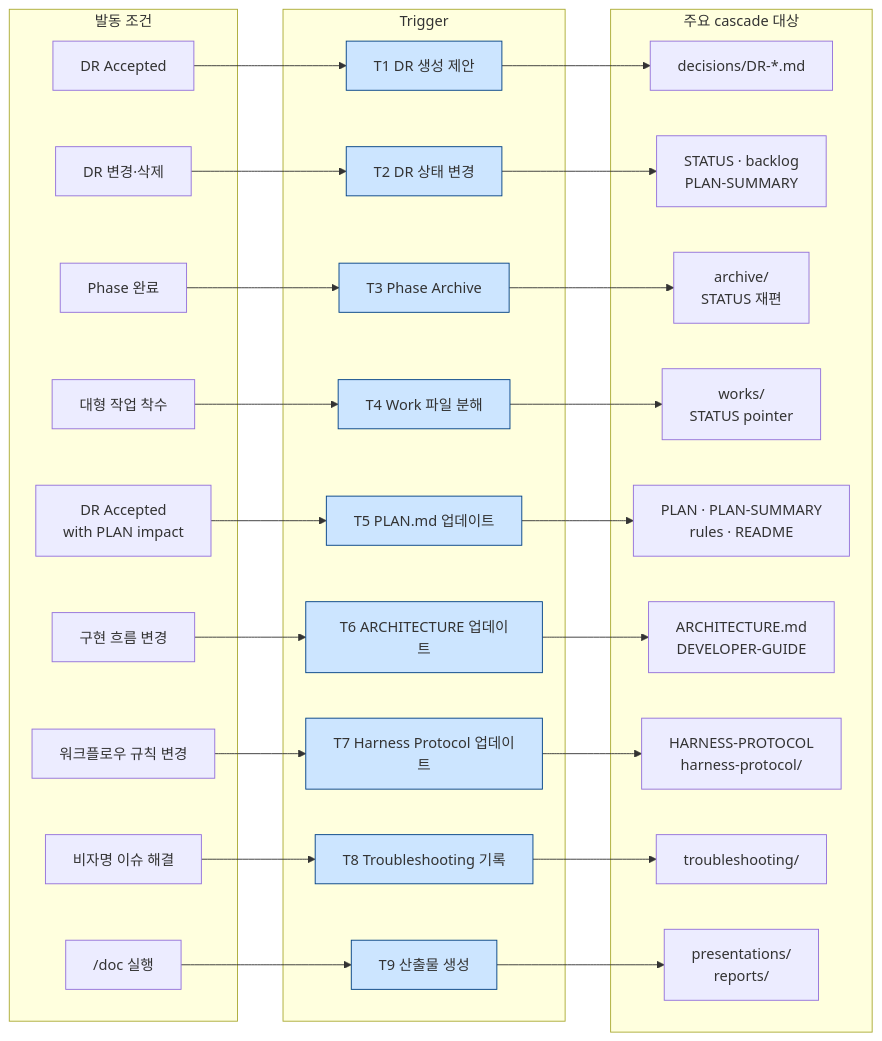
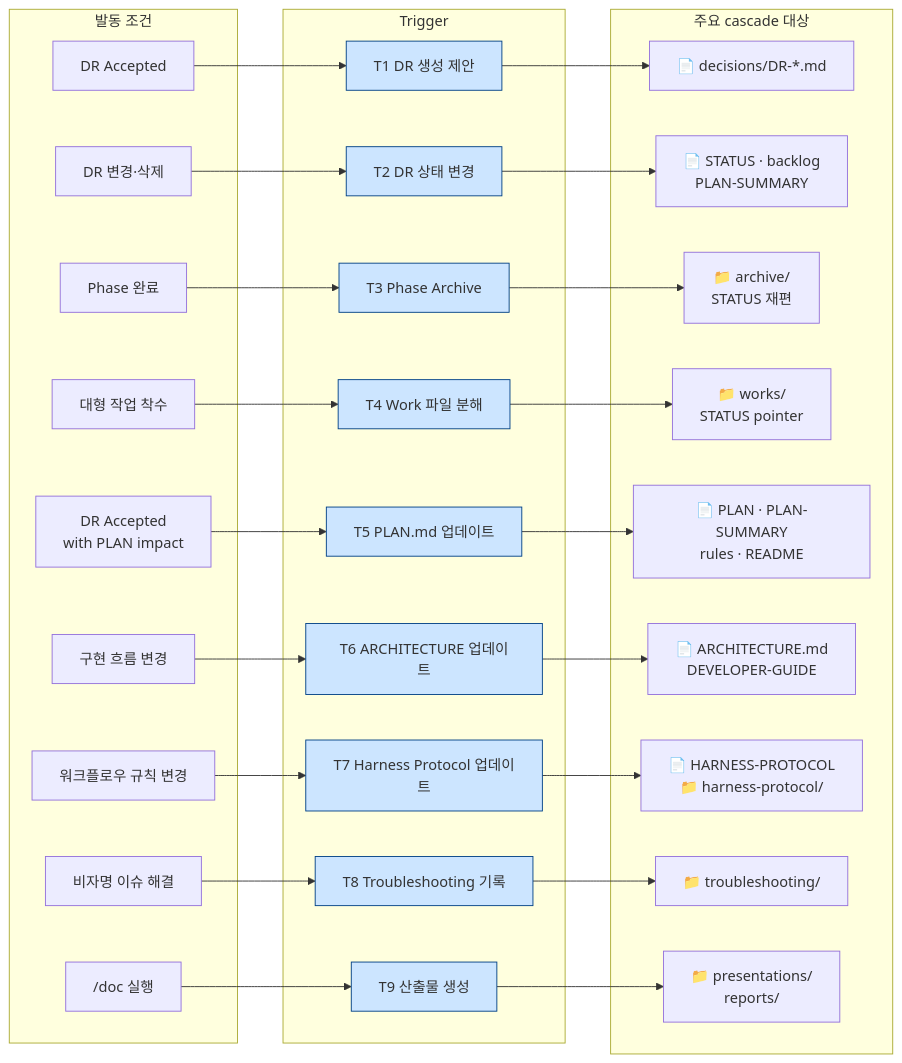
Before and after one commit to kyungseo/ai-workflow-harness: diagram 14 of 14 in docs/WORKFLOW-MANUAL.md, drawn with Mermaid. The commit also changed other lines of this file, not shown here.

First line of the commit message:
docs: WORKFLOW-MANUAL 다이어그램 파일/디렉토리 아이콘 통일

````diff
--- a/docs/WORKFLOW-MANUAL.md
+++ b/docs/WORKFLOW-MANUAL.md
@@ -989,68 +989,68 @@
 ```mermaid
 flowchart LR
     subgraph EVENTS ["발동 조건"]
         E1["DR Accepted"]
         E1P["DR Accepted\nwith PLAN impact"]
         E2["DR 변경·삭제"]
         E3["Phase 완료"]
         E4["대형 작업 착수"]
         E5["구현 흐름 변경"]
         E6["워크플로우 규칙 변경"]
         E7["비자명 이슈 해결"]
         E8["/doc 실행"]
     end
 
     subgraph TRIGS ["Trigger"]
         T1["T1 DR 생성 제안"]
         T2["T2 DR 상태 변경"]
         T3["T3 Phase Archive"]
         T4["T4 Work 파일 분해"]
         T5["T5 PLAN.md 업데이트"]
         T6["T6 ARCHITECTURE 업데이트"]
         T7["T7 Harness Protocol 업데이트"]
         T8["T8 Troubleshooting 기록"]
         T9["T9 산출물 생성"]
     end
 
     subgraph CASCADE ["주요 cascade 대상"]
-        C1["decisions/DR-*.md"]
-        C2["STATUS · backlog\nPLAN-SUMMARY"]
-        C3["archive/\nSTATUS 재편"]
-        C4["works/\nSTATUS pointer"]
-        C5["PLAN · PLAN-SUMMARY\nrules · README"]
-        C6["ARCHITECTURE.md\nDEVELOPER-GUIDE"]
-        C7["HARNESS-PROTOCOL\nharness-protocol/"]
-        C8["troubleshooting/"]
-        C9["presentations/\nreports/"]
+        C1["📄 decisions/DR-*.md"]
+        C2["📄 STATUS · backlog\nPLAN-SUMMARY"]
+        C3["📁 archive/\nSTATUS 재편"]
+        C4["📁 works/\nSTATUS pointer"]
+        C5["📄 PLAN · PLAN-SUMMARY\nrules · README"]
+        C6["📄 ARCHITECTURE.md\nDEVELOPER-GUIDE"]
+        C7["📄 HARNESS-PROTOCOL\n📁 harness-protocol/"]
+        C8["📁 troubleshooting/"]
+        C9["📁 presentations/\nreports/"]
     end
 
     E1 --> T1
     E1P --> T5
     E2 --> T2
     E3 --> T3
     E4 --> T4
     E5 --> T6
     E6 --> T7
     E7 --> T8
     E8 --> T9
 
     T1 --> C1
     T2 --> C2
     T3 --> C3
     T4 --> C4
     T5 --> C5
     T6 --> C6
     T7 --> C7
     T8 --> C8
     T9 --> C9
 
     style T1 fill:#cce5ff,stroke:#004085
     style T2 fill:#cce5ff,stroke:#004085
     style T3 fill:#cce5ff,stroke:#004085
     style T4 fill:#cce5ff,stroke:#004085
     style T5 fill:#cce5ff,stroke:#004085
     style T6 fill:#cce5ff,stroke:#004085
     style T7 fill:#cce5ff,stroke:#004085
     style T8 fill:#cce5ff,stroke:#004085
     style T9 fill:#cce5ff,stroke:#004085
 ```
````
